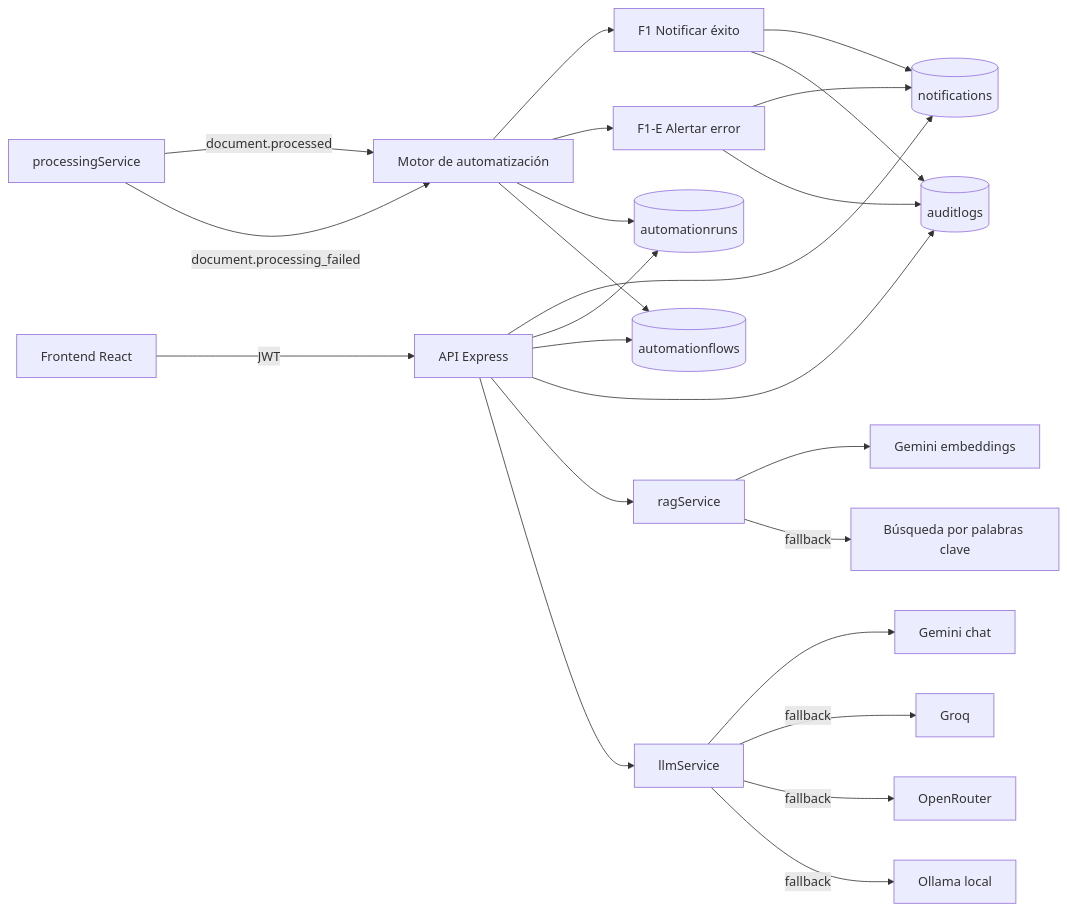
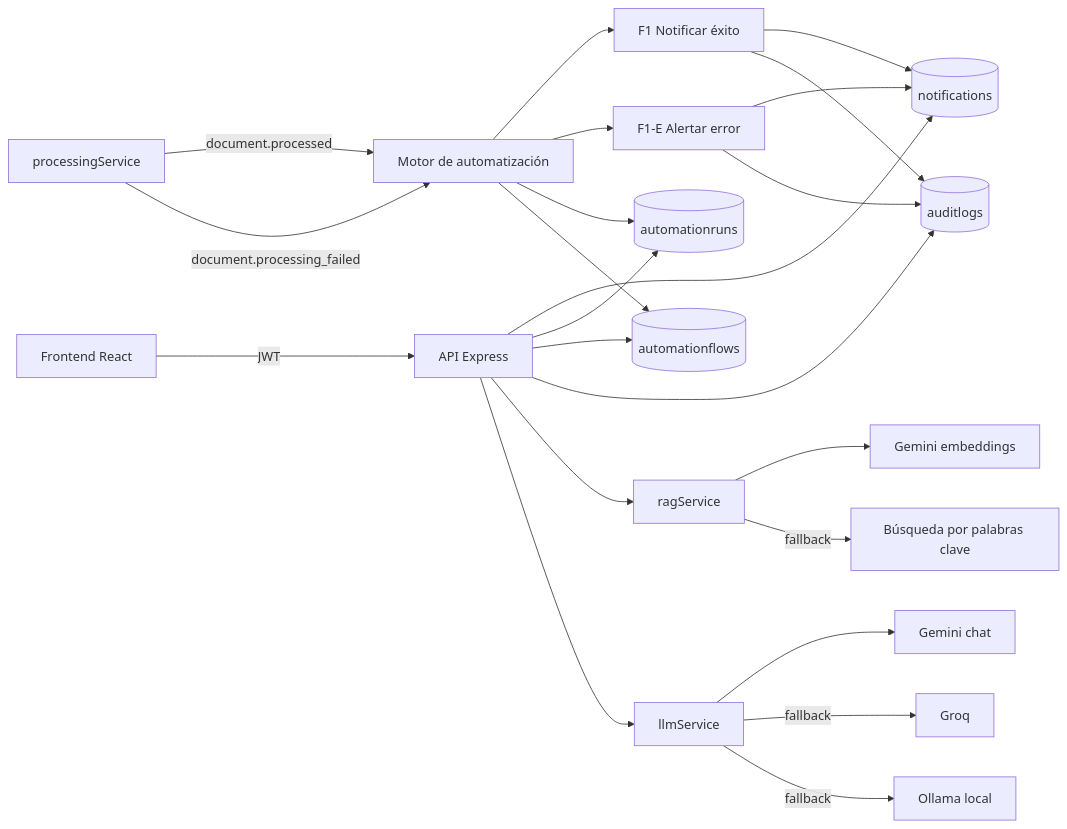
One commit to pintoplataemmanuel-stack/Sistema_Documental_IA changed the diagram in 11 - Tercer corte - Automatización y Visión/Semana 2 - Motor de automatización/Implementación y evidencias - Semana 2.md. Above: the diagram before and after it, drawn with Mermaid. The commit also changed other lines of this file and 12 other files, not shown here.

Commit message:
refactor: retirar OpenRouter y dejar Gemini como proveedor unico

````diff
--- a/11 - Tercer corte - Automatización y Visión/Semana 2 - Motor de automatización/Implementación y evidencias - Semana 2.md
+++ b/11 - Tercer corte - Automatización y Visión/Semana 2 - Motor de automatización/Implementación y evidencias - Semana 2.md
@@ -49,26 +49,25 @@
 ```mermaid
 flowchart LR
     PROC[processingService] -->|document.processed| ENGINE[Motor de automatización]
     PROC -->|document.processing_failed| ENGINE
     ENGINE --> F1[F1 Notificar éxito]
     ENGINE --> F1E[F1-E Alertar error]
     F1 --> NOTIF[(notifications)]
     F1E --> NOTIF
     F1 --> AUDIT[(auditlogs)]
     F1E --> AUDIT
     ENGINE --> RUNS[(automationruns)]
     ENGINE --> FLOWS[(automationflows)]
     FE[Frontend React] -->|JWT| API[API Express]
     API --> NOTIF
     API --> RUNS
     API --> FLOWS
     API --> AUDIT
     API --> RAG[ragService]
     RAG --> GEM[Gemini embeddings]
     RAG -->|fallback| KEYW[Búsqueda por palabras clave]
     API --> CHAT[llmService]
     CHAT --> GEMCHAT[Gemini chat]
     CHAT -->|fallback| GROQ[Groq]
-    CHAT -->|fallback| OR[OpenRouter]
     CHAT -->|fallback| OLLAMA[Ollama local]
 ```
````
